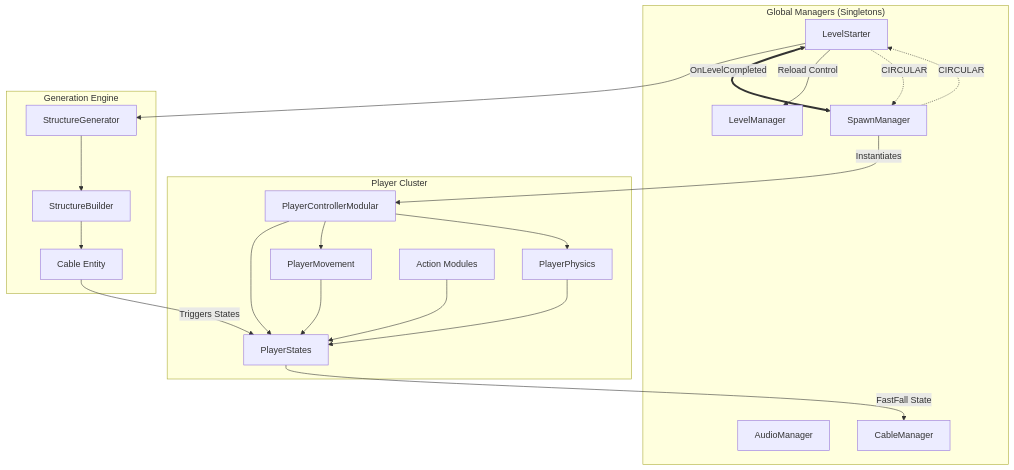
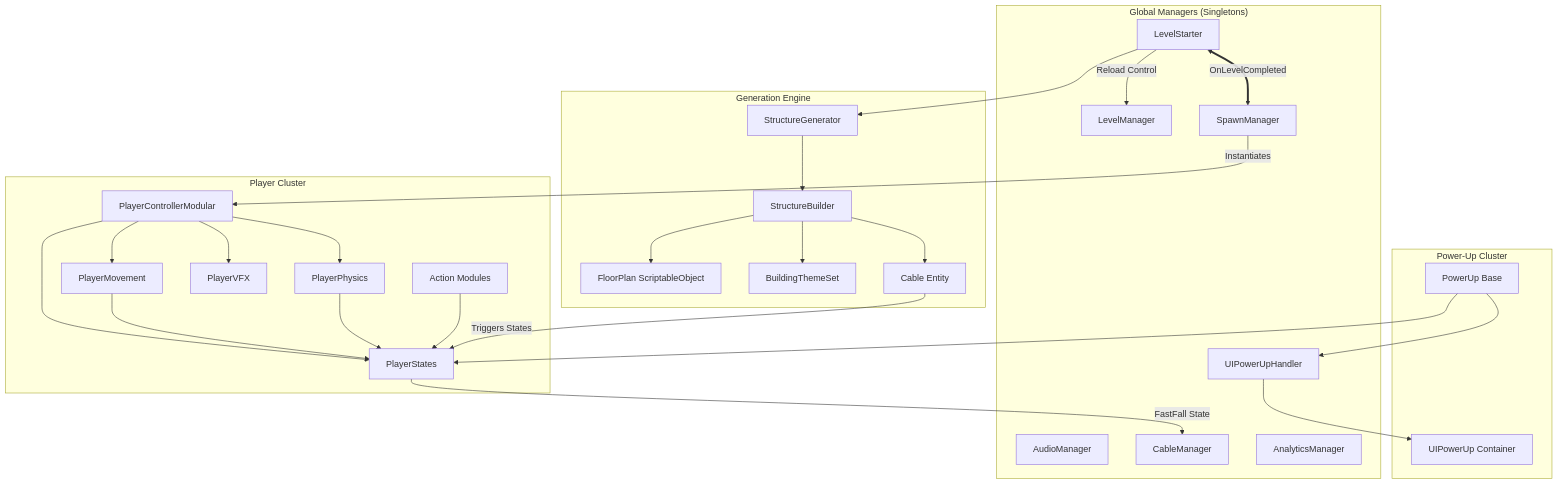
One commit to stvn1226/running_late changed the diagram in README.md. Above: the diagram before and after it, drawn with Mermaid. The commit also changed other lines of this file and 1 other file, not shown here.

Commit message:
docs: update README.md and TODO.md with latest architecture and roadmap

````diff
--- a/README.md
+++ b/README.md
@@ -10,46 +10,50 @@
 ```mermaid
 graph TD
     subgraph GlobalManagers ["Global Managers (Singletons)"]
         LS[LevelStarter]
         LM[LevelManager]
         SM[SpawnManager]
         AM[AudioManager]
         CBM[CableManager]
+        UPH[UIPowerUpHandler]
+        ANM[AnalyticsManager]
     end
 
     subgraph PlayerSystem ["Player Cluster"]
         PCM[PlayerControllerModular]
         PS[PlayerStates]
         PM[PlayerMovement]
         Physics[PlayerPhysics]
+        PVFX[PlayerVFX]
         Modules[Action Modules]
         
         PCM --> PS
         PCM --> PM
         PCM --> Physics
+        PCM --> PVFX
         PM --> PS
         Physics --> PS
         Modules --> PS
     end
 
     subgraph LevelGen ["Generation Engine"]
-        SG[StructureGenerator]
-        SB[StructureBuilder]
-        Cable[Cable Entity]
-        
-        LS --> SG
-        SG --> SB
-        SB --> Cable
+        LS --> SG[StructureGenerator]
+        SG --> SB[StructureBuilder]
+        SB --> FP[FloorPlan ScriptableObject]
+        SB --> BTS[BuildingThemeSet]
+        SB --> Cable[Cable Entity]
+    end
+
+    subgraph PowerUpSystem ["Power-Up Cluster"]
+        PU[PowerUp Base] --> PS
+        PU --> UPH
+        UPH --> UPU[UIPowerUp Container]
     end
 
     %% Key Dependencies
     LS <== "OnLevelCompleted" ==> SM
     SM -- "Instantiates" --> PCM
     Cable -- "Triggers States" --> PS
     PS -- "FastFall State" --> CBM
     LS -- "Reload Control" --> LM
-    
-    %% Circular Warning
-    LS -. "CIRCULAR" .-> SM
-    SM -. "CIRCULAR" .-> LS
 ```
````
